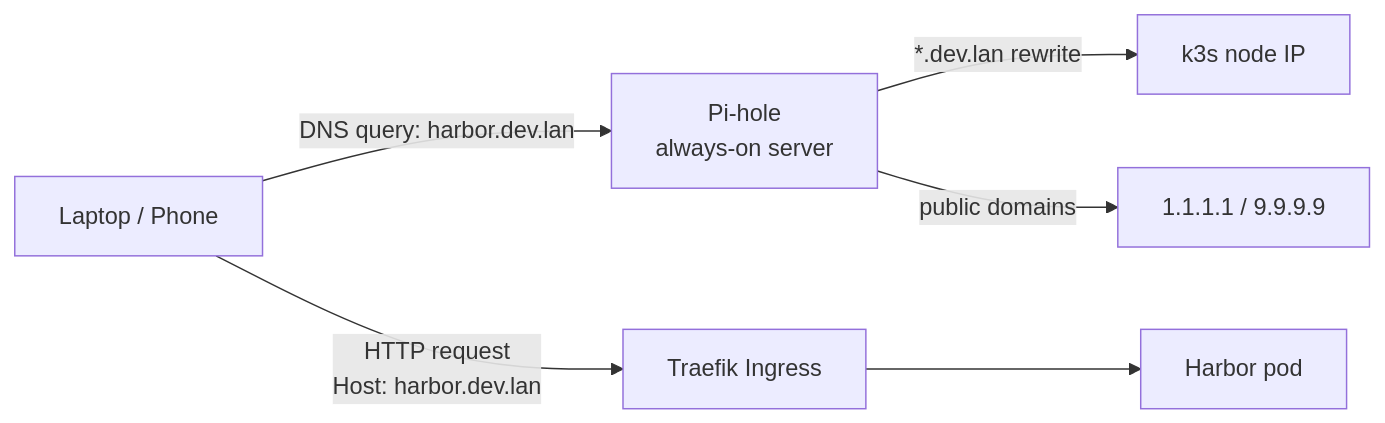
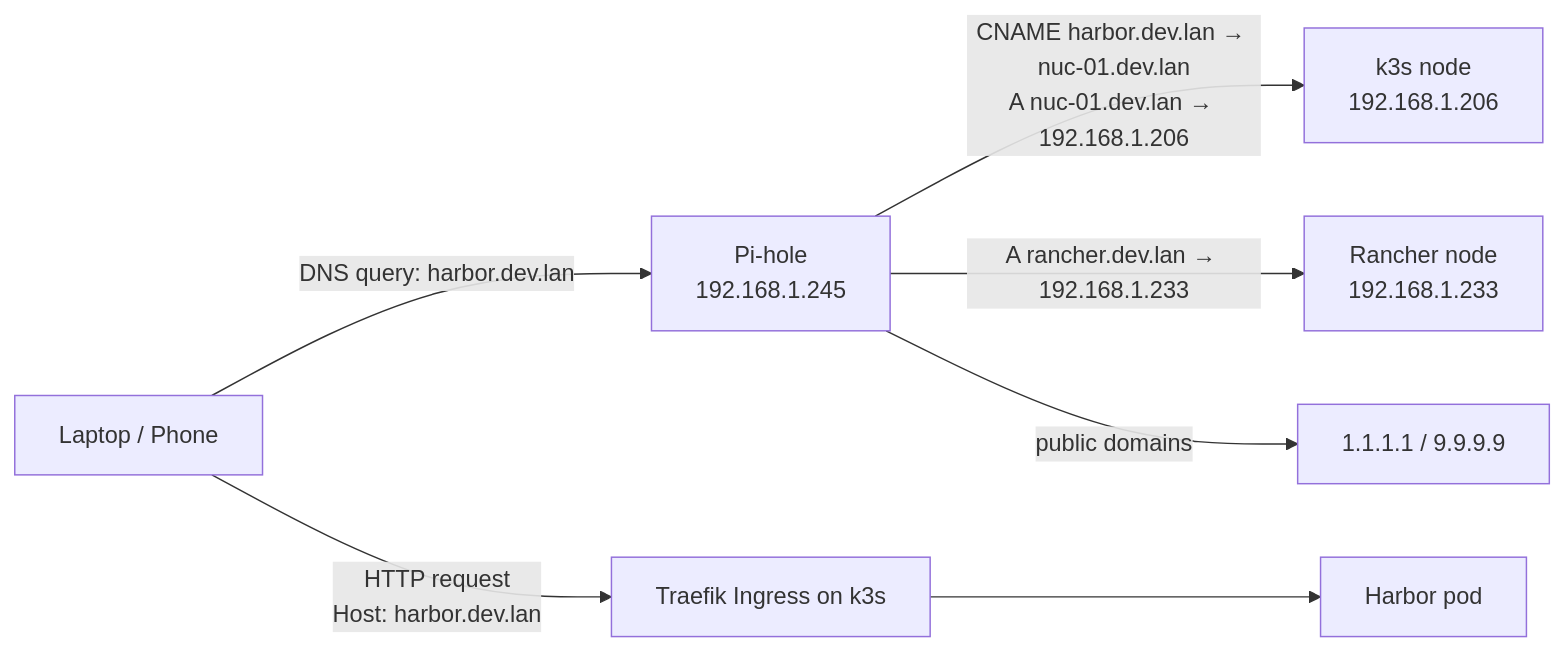
The diagram in docs/guides/pi-hole-setup.md (jcarranz97/homelab), drawn with Mermaid before and after one commit. The commit also changed other lines of this file and 2 other files, not shown here.

Commit message:
Include dns support

````diff
--- a/docs/guides/pi-hole-setup.md
+++ b/docs/guides/pi-hole-setup.md
@@ -14,8 +18,9 @@
 ```mermaid
 flowchart LR
-    Client[Laptop / Phone] -->|DNS query: harbor.dev.lan| PiHole[Pi-hole<br/>always-on server]
-    PiHole -->|*.dev.lan rewrite| K3sIP[k3s node IP]
-    Client -->|HTTP request<br/>Host: harbor.dev.lan| Traefik[Traefik Ingress]
+    Client[Laptop / Phone] -->|DNS query: harbor.dev.lan| PiHole[Pi-hole<br/>192.168.1.245]
+    PiHole -->|CNAME harbor.dev.lan → nuc-01.dev.lan<br/>A nuc-01.dev.lan → 192.168.1.206| K3sIP[k3s node<br/>192.168.1.206]
+    PiHole -->|A rancher.dev.lan → 192.168.1.233| RancherNode[Rancher node<br/>192.168.1.233]
+    Client -->|HTTP request<br/>Host: harbor.dev.lan| Traefik[Traefik Ingress on k3s]
     Traefik --> Harbor[Harbor pod]
     PiHole -->|public domains| Upstream[1.1.1.1 / 9.9.9.9]
 ```
````
